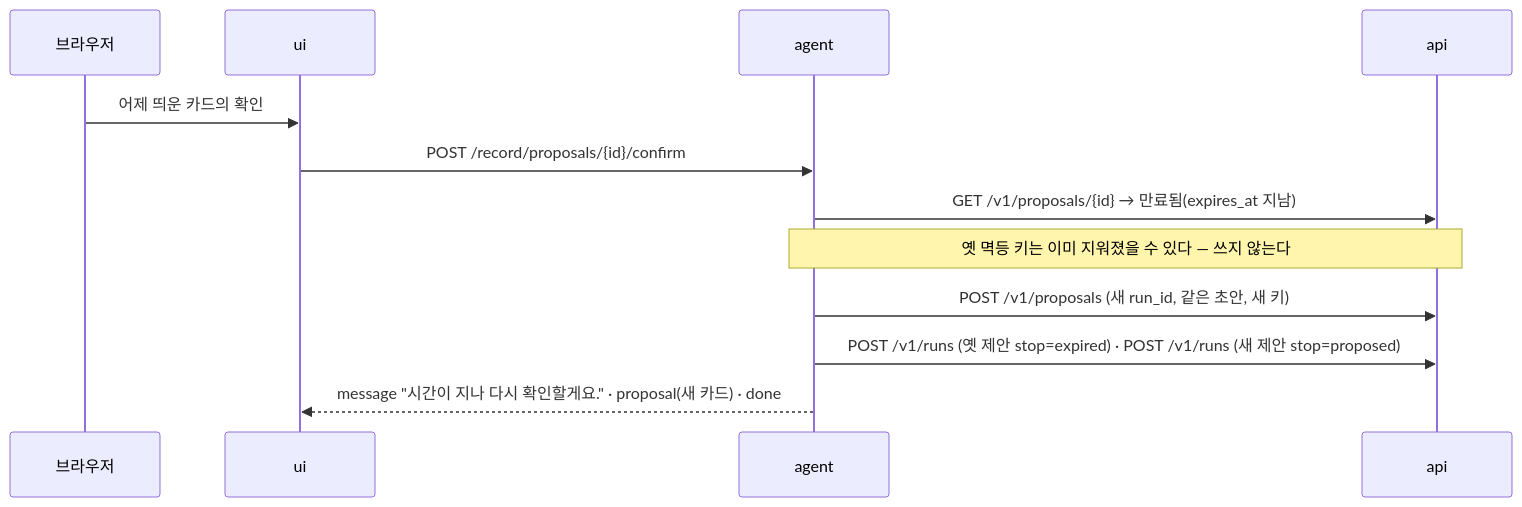
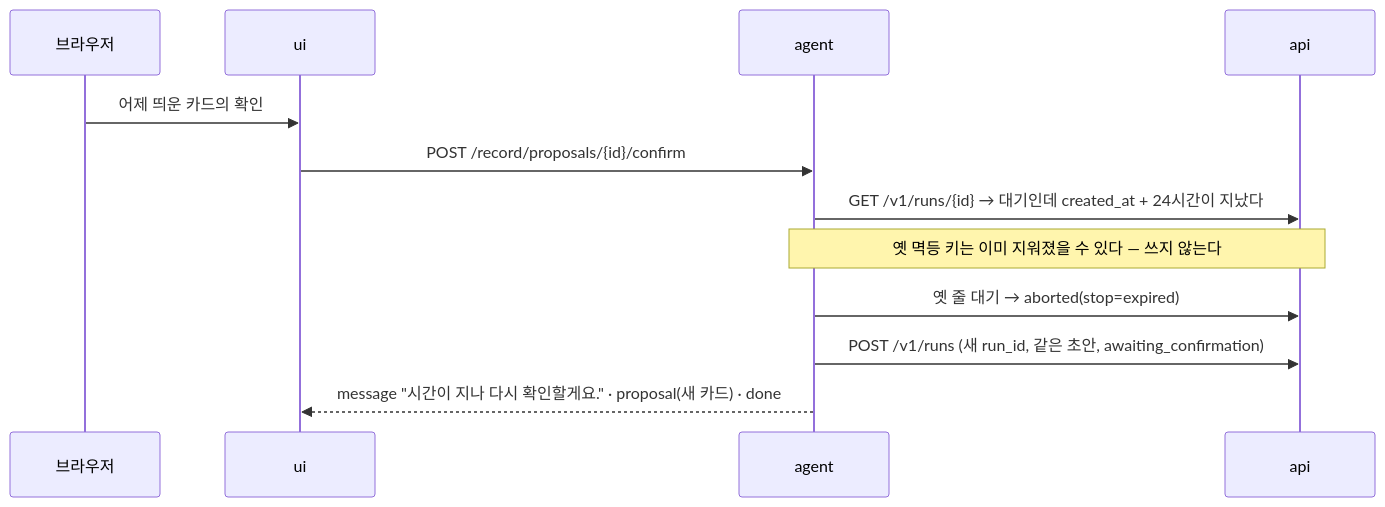
The fourth of 6 diagrams in docs/ai/chat-capture.md (2026-ai-service-engineering-a/account-book), drawn with Mermaid before and after one commit. The commit also changed other lines of this file, not shown here.

````diff
--- a/docs/ai/chat-capture.md
+++ b/docs/ai/chat-capture.md
@@ -154,14 +152,14 @@
 ```mermaid
 sequenceDiagram
     participant B as 브라우저
     participant U as ui
     participant AG as agent
     participant API as api
     B->>U: 어제 띄운 카드의 확인
     U->>AG: POST /record/proposals/{id}/confirm
-    AG->>API: GET /v1/proposals/{id} → 만료됨(expires_at 지남)
+    AG->>API: GET /v1/runs/{id} → 대기인데 created_at + 24시간이 지났다
     Note over AG,API: 옛 멱등 키는 이미 지워졌을 수 있다 — 쓰지 않는다
-    AG->>API: POST /v1/proposals (새 run_id, 같은 초안, 새 키)
-    AG->>API: POST /v1/runs (옛 제안 stop=expired) · POST /v1/runs (새 제안 stop=proposed)
+    AG->>API: 옛 줄 대기 → aborted(stop=expired)
+    AG->>API: POST /v1/runs (새 run_id, 같은 초안, awaiting_confirmation)
     AG-->>U: message "시간이 지나 다시 확인할게요." · proposal(새 카드) · done
 ```
````
